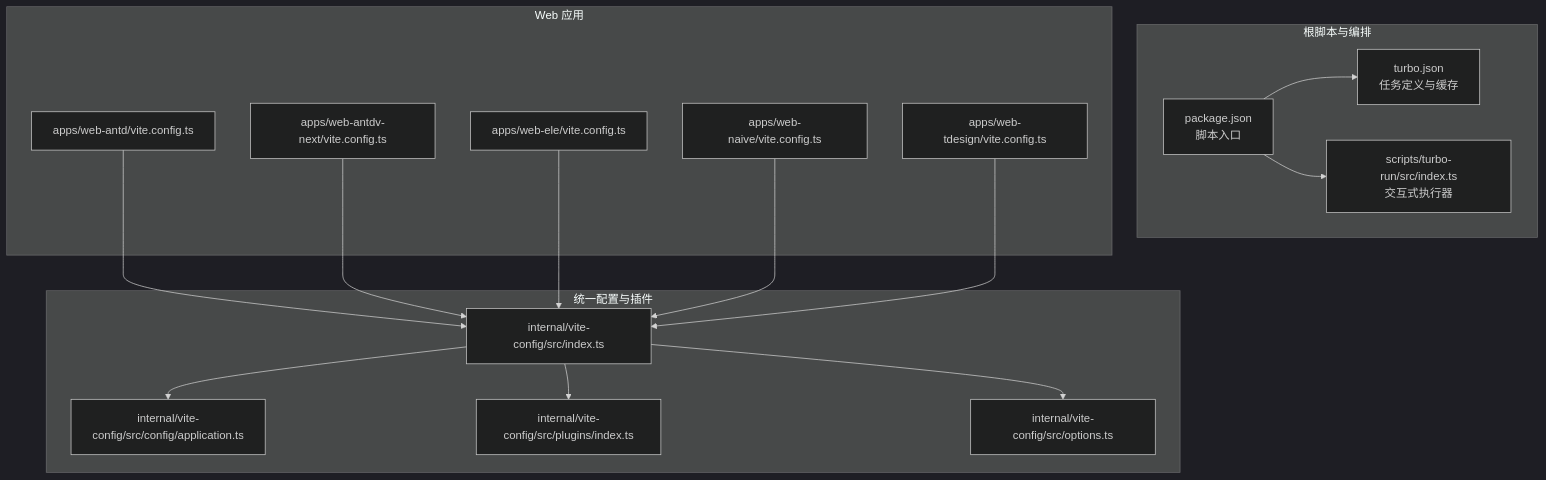
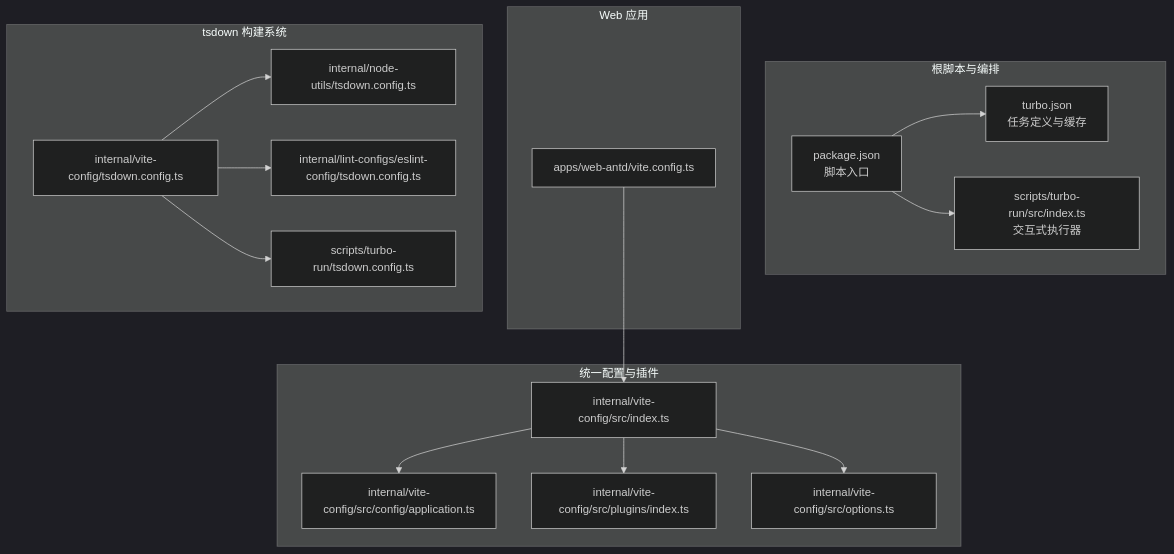
One commit to liuyinzhong/hive changed the first of 7 diagrams in .qoder/repowiki/zh/content/开发工具链/构建优化与性能调优.md. Above: the diagram before and after it, drawn with Mermaid (dark theme). The commit also changed other lines of this file and 8 other files, not shown here.

````diff
--- a/.qoder/repowiki/zh/content/开发工具链/构建优化与性能调优.md
+++ b/.qoder/repowiki/zh/content/开发工具链/构建优化与性能调优.md
@@ -43,31 +53,32 @@
 ```mermaid
 graph TB
 subgraph "根脚本与编排"
 P["package.json<br/>脚本入口"]
 T["turbo.json<br/>任务定义与缓存"]
 TR["scripts/turbo-run/src/index.ts<br/>交互式执行器"]
 end
 subgraph "Web 应用"
 A1["apps/web-antd/vite.config.ts"]
-A2["apps/web-antdv-next/vite.config.ts"]
-A3["apps/web-ele/vite.config.ts"]
-A4["apps/web-naive/vite.config.ts"]
-A5["apps/web-tdesign/vite.config.ts"]
 end
 subgraph "统一配置与插件"
 IVI["internal/vite-config/src/index.ts"]
 CFG["internal/vite-config/src/config/application.ts"]
 PLG["internal/vite-config/src/plugins/index.ts"]
 OPT["internal/vite-config/src/options.ts"]
 end
+subgraph "tsdown 构建系统"
+TSCFG1["internal/vite-config/tsdown.config.ts"]
+TSCFG2["internal/node-utils/tsdown.config.ts"]
+TSCFG3["internal/lint-configs/eslint-config/tsdown.config.ts"]
+TSCFG4["scripts/turbo-run/tsdown.config.ts"]
+end
 P --> T
 P --> TR
 A1 --> IVI
-A2 --> IVI
-A3 --> IVI
-A4 --> IVI
-A5 --> IVI
 IVI --> CFG
 IVI --> PLG
 IVI --> OPT
+TSCFG1 --> TSCFG2
+TSCFG1 --> TSCFG3
+TSCFG1 --> TSCFG4
 ```
````
